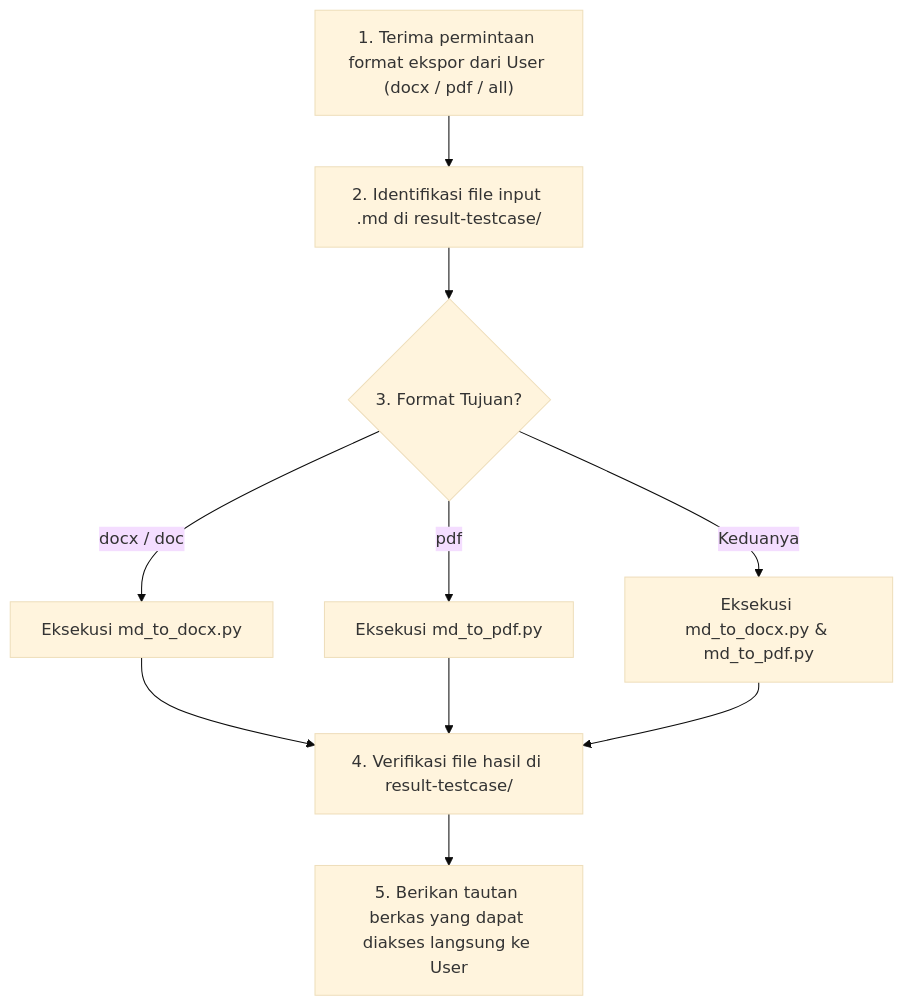
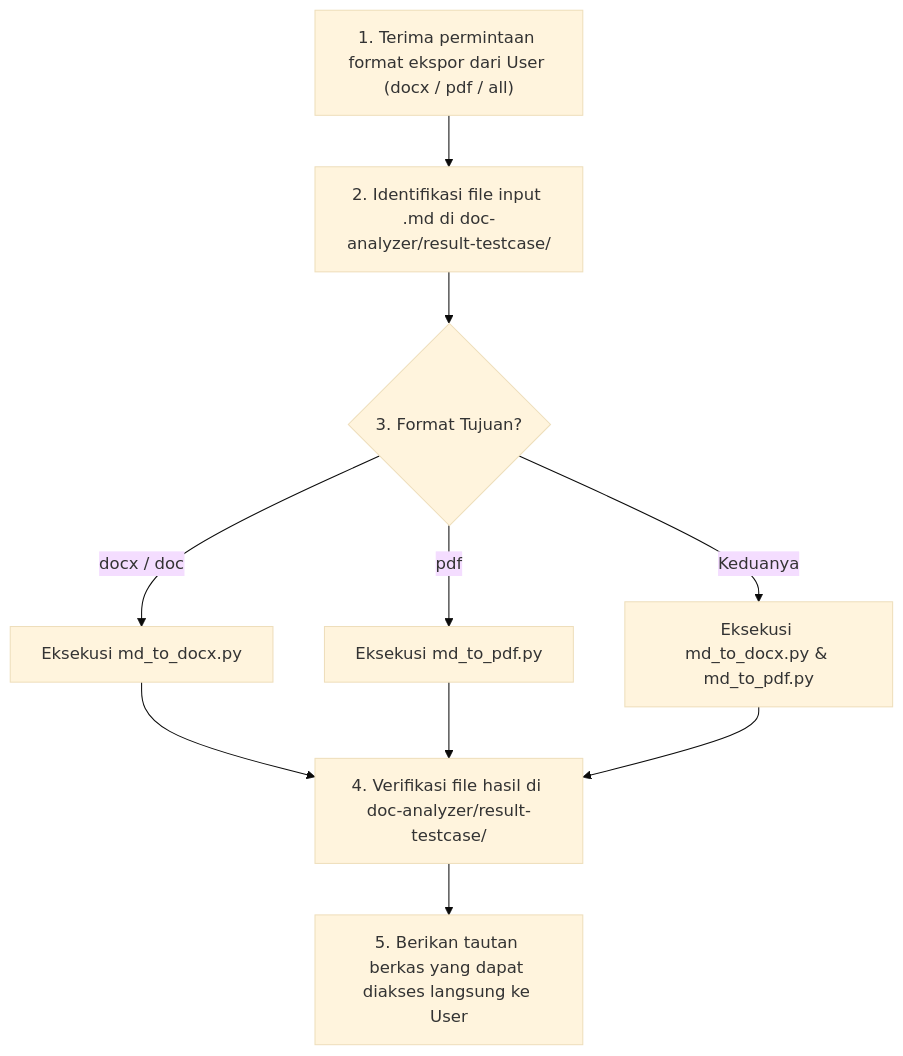
The diagram in .agents/skills/convert-document/SKILL.md (fadlyady/prdanalyzer), drawn with Mermaid (base theme) before and after one commit. The commit also changed other lines of this file and 24 other files, not shown here.

````diff
--- a/.agents/skills/convert-document/SKILL.md
+++ b/.agents/skills/convert-document/SKILL.md
@@ -80,12 +80,12 @@
 ```mermaid
 graph TD
-    A["1. Terima permintaan format ekspor dari User (docx / pdf / all)"] --> B["2. Identifikasi file input .md di result-testcase/"]
+    A["1. Terima permintaan format ekspor dari User (docx / pdf / all)"] --> B["2. Identifikasi file input .md di doc-analyzer/result-testcase/"]
     B --> C{"3. Format Tujuan?"}
     C -- "docx / doc" --> D["Eksekusi md_to_docx.py"]
     C -- "pdf" --> E["Eksekusi md_to_pdf.py"]
     C -- "Keduanya" --> F["Eksekusi md_to_docx.py & md_to_pdf.py"]
-    D --> G["4. Verifikasi file hasil di result-testcase/"]
+    D --> G["4. Verifikasi file hasil di doc-analyzer/result-testcase/"]
     E --> G
     F --> G
     G --> H["5. Berikan tautan berkas yang dapat diakses langsung ke User"]
 ```
````
